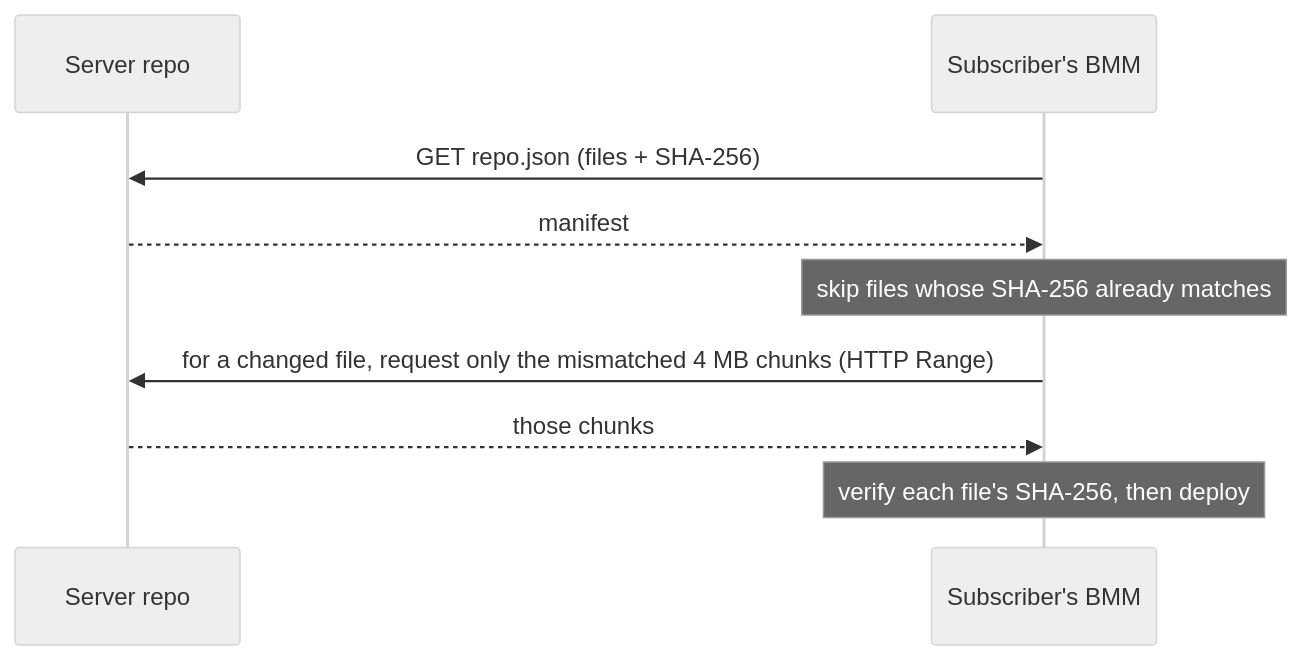
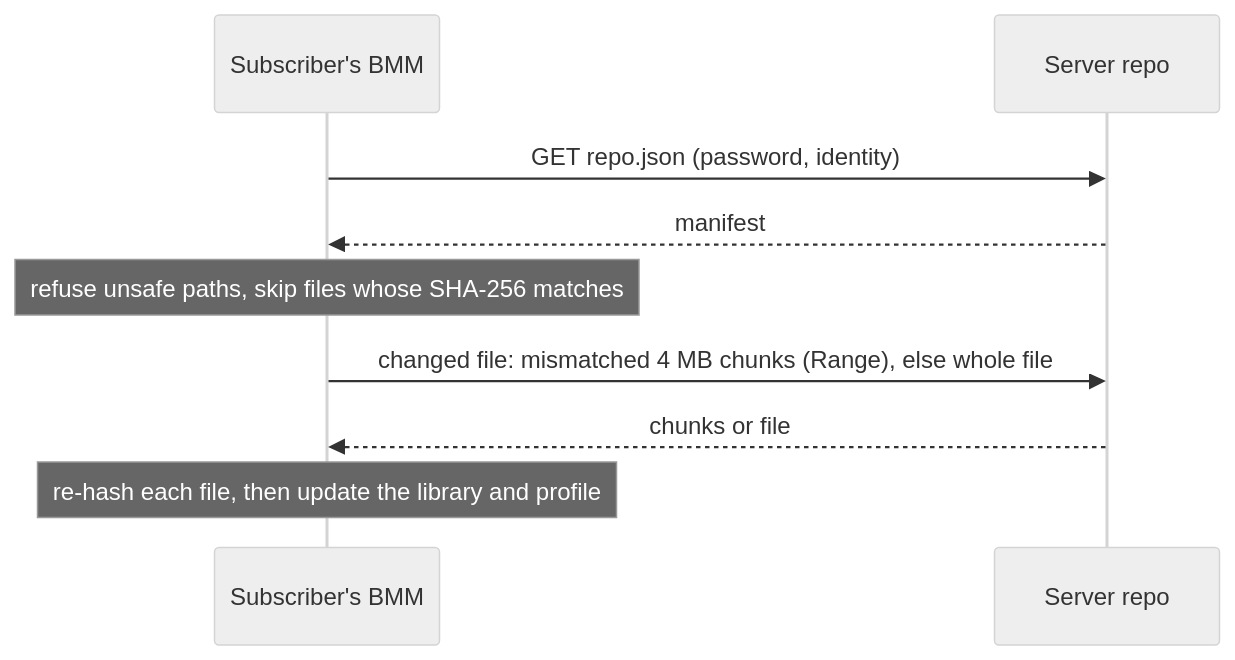
The second of 2 diagrams in frontend/assets/docs/en/how-it-works/sync-repos.md (FreeProject089/BetterModsManager), drawn with Mermaid (neutral theme) before and after one commit. The commit also changed other lines of this file and 176 other files, not shown here.

````diff
--- a/frontend/assets/docs/en/how-it-works/sync-repos.md
+++ b/frontend/assets/docs/en/how-it-works/sync-repos.md
@@ -83,11 +86,11 @@
 ```mermaid
 sequenceDiagram
+    participant Client as Subscriber's BMM
     participant Host as Server repo
-    participant Client as Subscriber's BMM
-    Client->>Host: GET repo.json (files + SHA-256)
+    Client->>Host: GET repo.json (password, identity)
     Host-->>Client: manifest
-    Note over Client: skip files whose SHA-256 already matches
-    Client->>Host: for a changed file, request only the mismatched 4 MB chunks (HTTP Range)
-    Host-->>Client: those chunks
-    Note over Client: verify each file's SHA-256, then deploy
+    Note over Client: refuse unsafe paths, skip files whose SHA-256 matches
+    Client->>Host: changed file: mismatched 4 MB chunks (Range), else whole file
+    Host-->>Client: chunks or file
+    Note over Client: re-hash each file, then update the library and profile
 ```
````
